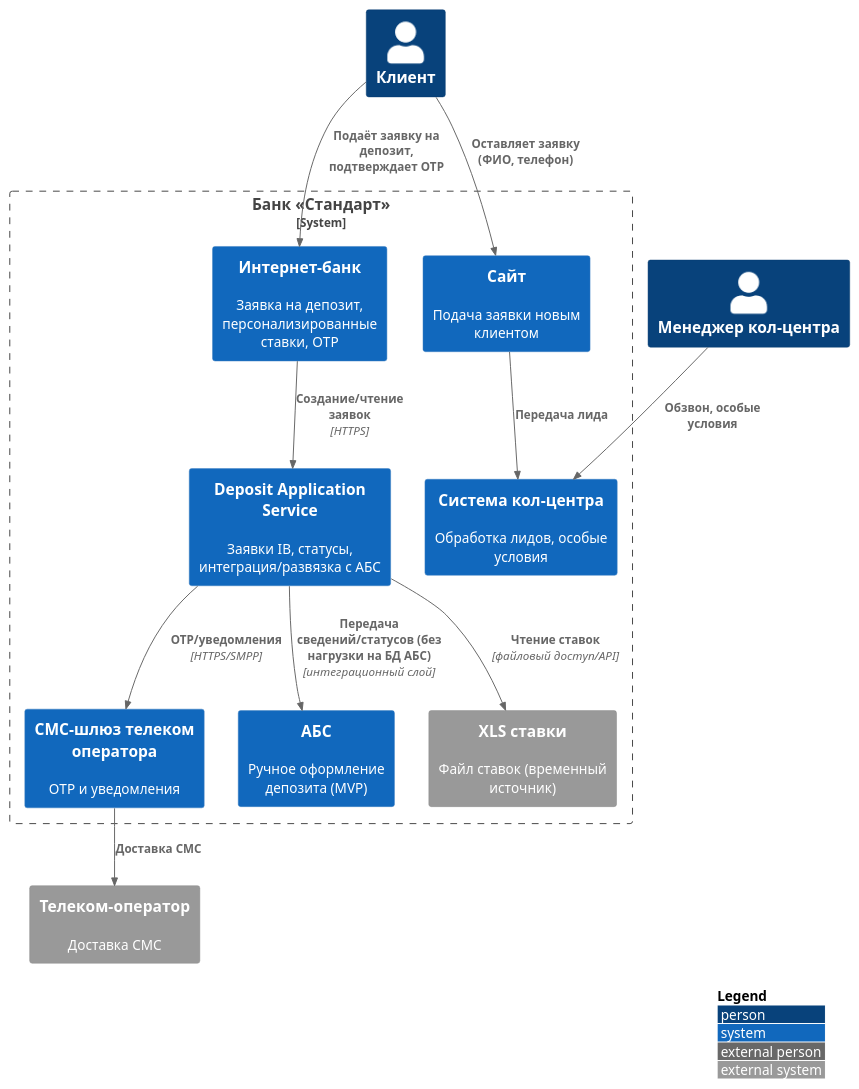
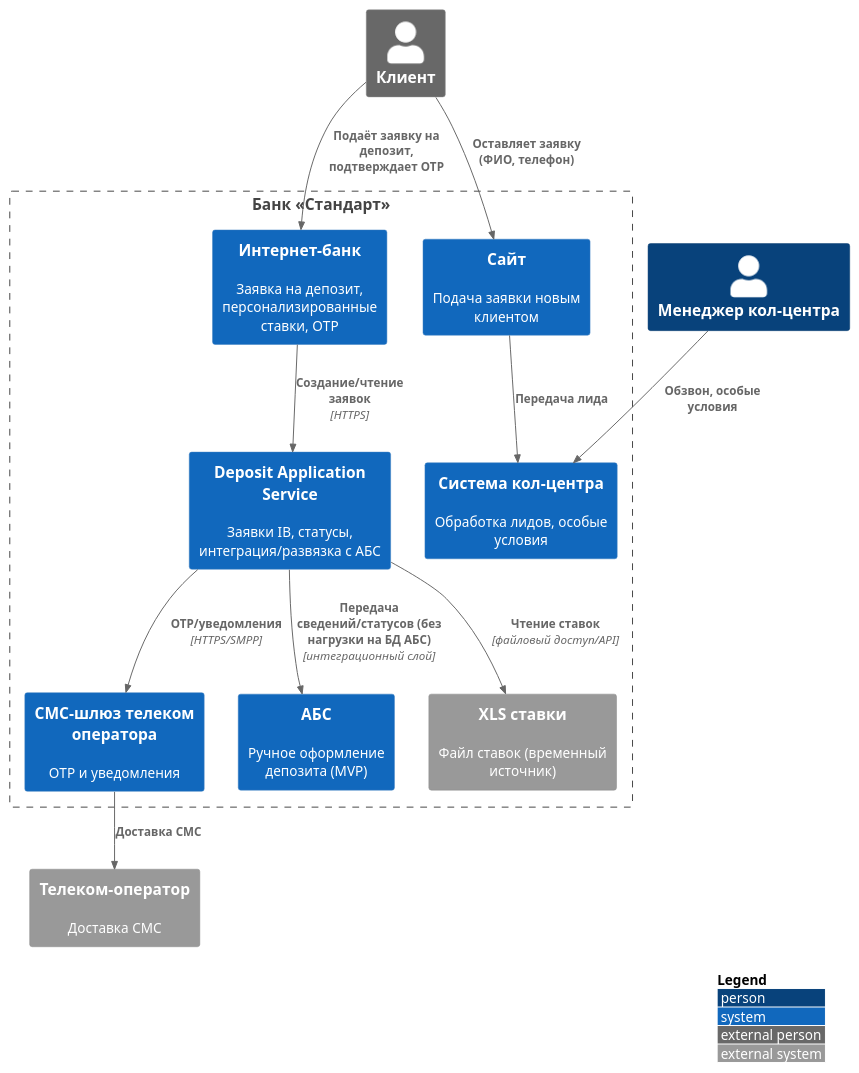
The diagram in Task3/deposits_context.puml (aymanstepanova/architecture-pro-standart), drawn with PlantUML before and after one commit. The commit also changed 3 other files, not shown here.

Commit message:
причесываю предыдущие схемы

```diff
--- a/Task3/deposits_context.puml
+++ b/Task3/deposits_context.puml
@@ -1,32 +1,32 @@
 @startuml deposits_context
 !include ../styles/C4_Context.puml
 LAYOUT_WITH_LEGEND()
 
-Person(customer, "Клиент")
+Person_Ext(customer, "Клиент")
 Person(agent, "Менеджер кол-центра")
 
-System_Boundary(bank, "Банк «Стандарт»") {
+Boundary(bank, "Банк «Стандарт»") {
   System(site, "Сайт", "Подача заявки новым клиентом")
   System(ib, "Интернет-банк", "Заявка на депозит, персонализированные ставки, OTP")
   System(callcenter, "Система кол-центра", "Обработка лидов, особые условия")
   System(sms, "СМС-шлюз телеком оператора", "OTP и уведомления")
   System(abs, "АБС", "Ручное оформление депозита (MVP)")
   System(depSvc, "Deposit Application Service",  "Заявки IB, статусы, интеграция/развязка с АБС")
   System_Ext(xls, "XLS ставки", "Файл ставок (временный источник)")
 
 }
 
 System_Ext(telco, "Телеком-оператор","Доставка СМС")
 
 
 Rel(customer, site, "Оставляет заявку (ФИО, телефон)")
 Rel(customer, ib, "Подаёт заявку на депозит, подтверждает OTP")
 Rel(site, callcenter, "Передача лида")
 Rel(ib, depSvc, "Создание/чтение заявок", "HTTPS")
 Rel(depSvc, sms, "OTP/уведомления", "HTTPS/SMPP")
 Rel(sms, telco, "Доставка СМС")
 Rel(agent, callcenter, "Обзвон, особые условия")
 Rel(depSvc, abs, "Передача сведений/статусов (без нагрузки на БД АБС)", "интеграционный слой")
 Rel(depSvc, xls, "Чтение ставок", "файловый доступ/API")
 
 @enduml
```
